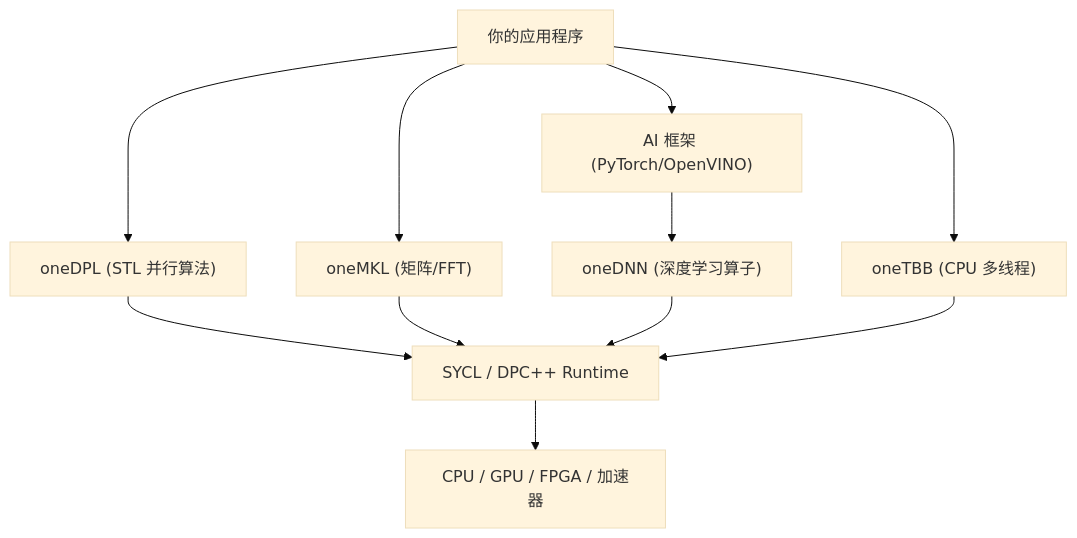
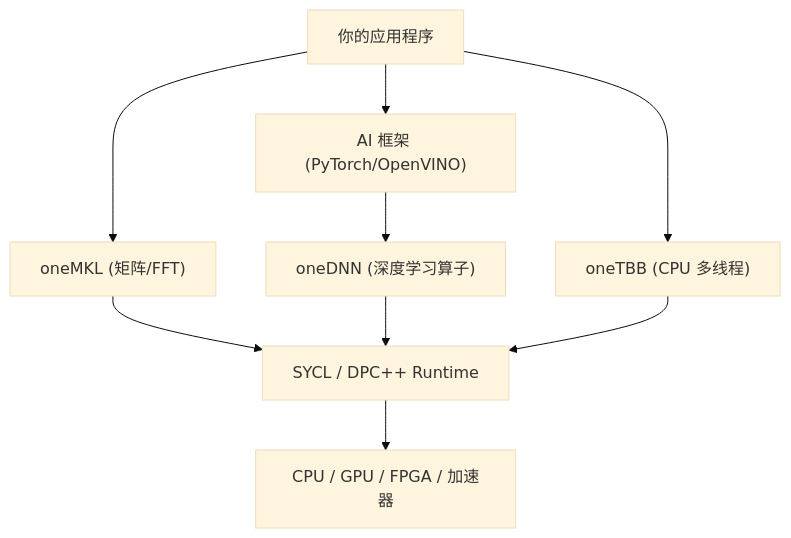
Before and after one commit to Blackwood416/Blackwood416.github.io: the diagram in src/content/blog/oneAPI-dev-log-02.md, drawn with Mermaid (base theme). The commit also changed other lines of this file and 16 other files, not shown here.

Commit message:
feat(ui): refine visual theme, dual-mode background, about page, and posts timeline

````diff
--- a/src/content/blog/oneAPI-dev-log-02.md
+++ b/src/content/blog/oneAPI-dev-log-02.md
@@ -31,11 +33,10 @@
 ```mermaid
 graph TD
-    UserApp["你的应用程序"] --> oneDPL["oneDPL (STL 并行算法)"]
-    UserApp --> oneMKL["oneMKL (矩阵/FFT)"]
+    UserApp["你的应用程序"] --> oneMKL["oneMKL (矩阵/FFT)"]
     UserApp --> AI_Frame["AI 框架 (PyTorch/OpenVINO)"]
     AI_Frame --> oneDNN["oneDNN (深度学习算子)"]
     UserApp --> oneTBB["oneTBB (CPU 多线程)"]
     
-    oneDPL & oneMKL & oneDNN & oneTBB --> SYCL["SYCL / DPC++ Runtime"]
+    oneMKL & oneDNN & oneTBB --> SYCL["SYCL / DPC++ Runtime"]
     SYCL --> Hardwares["CPU / GPU / FPGA / 加速器"]
 ```
````
